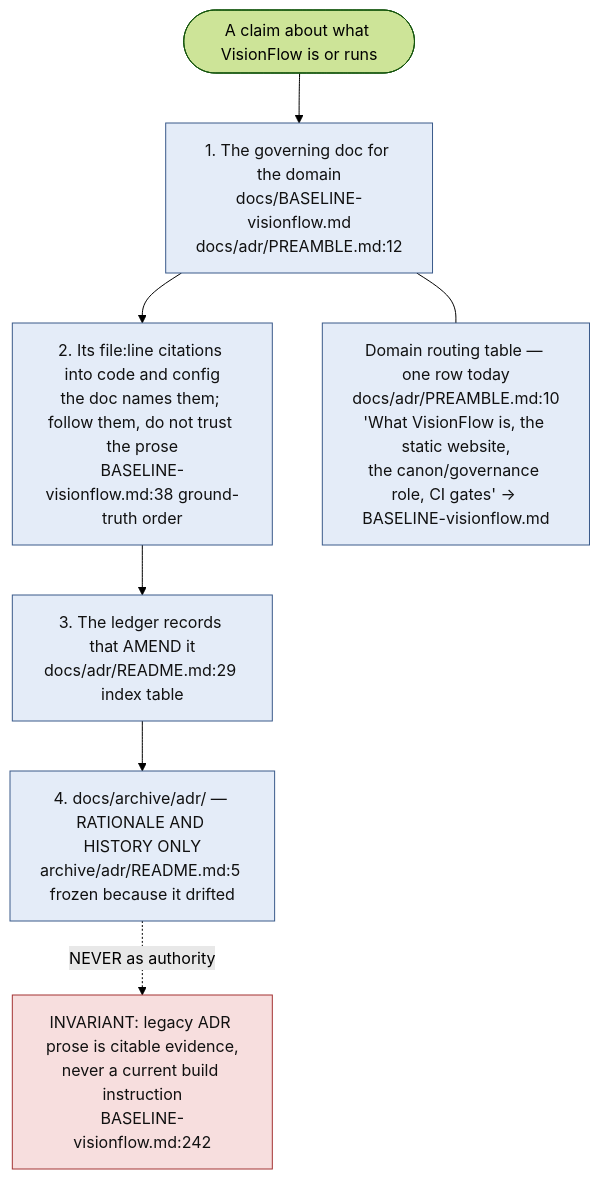
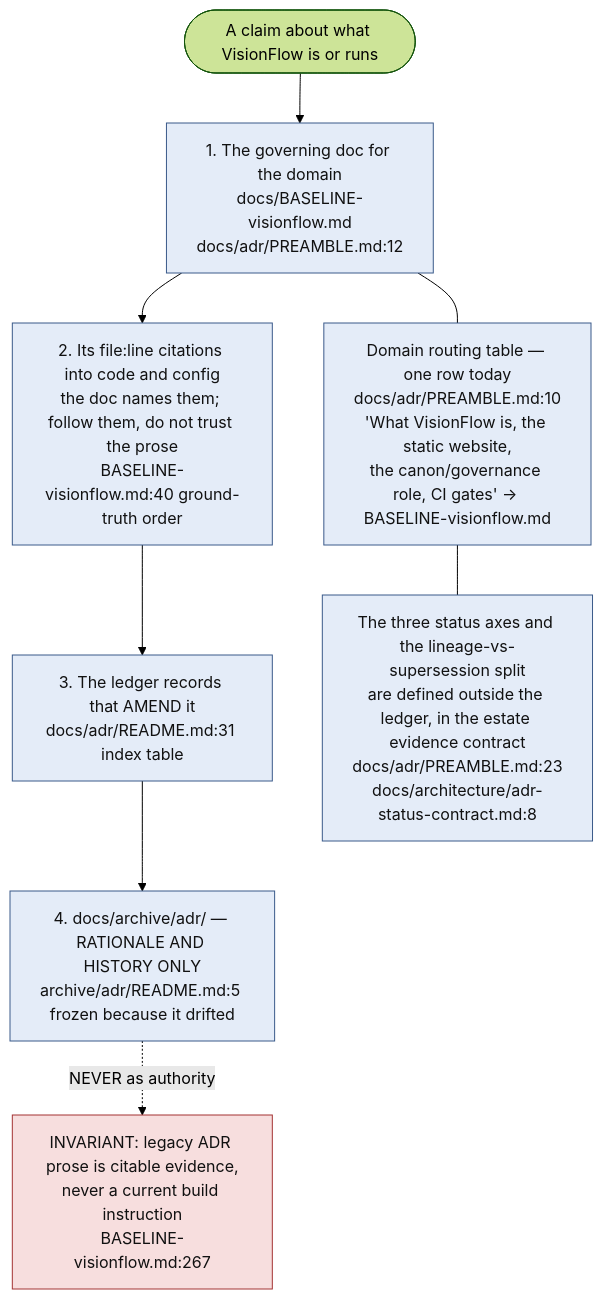
The third of 14 diagrams in docs/diagrams/visionflow/01-repo-composition-and-canon.md (DreamLab-AI/VisionFlow), drawn with Mermaid (forest theme) before and after one commit. The commit also changed other lines of this file and 7 other files, not shown here.

````diff
--- a/docs/diagrams/visionflow/01-repo-composition-and-canon.md
+++ b/docs/diagrams/visionflow/01-repo-composition-and-canon.md
@@ -125,15 +132,17 @@
 ```mermaid
 flowchart TB
     classDef step fill:#e4ecf8,stroke:#3a5a8a,color:#111
     classDef deny fill:#f7dede,stroke:#a33333,color:#111
 
     Q(["A claim about what VisionFlow is or runs"])
     Q --> S1["1. The governing doc for the domain<br/>docs/BASELINE-visionflow.md<br/>docs/adr/PREAMBLE.md:12"]:::step
-    S1 --> S2["2. Its file:line citations into code and config<br/>the doc names them; follow them, do not trust the prose<br/>BASELINE-visionflow.md:38 ground-truth order"]:::step
-    S2 --> S3["3. The ledger records that AMEND it<br/>docs/adr/README.md:29 index table"]:::step
+    S1 --> S2["2. Its file:line citations into code and config<br/>the doc names them; follow them, do not trust the prose<br/>BASELINE-visionflow.md:40 ground-truth order"]:::step
+    S2 --> S3["3. The ledger records that AMEND it<br/>docs/adr/README.md:31 index table"]:::step
     S3 --> S4["4. docs/archive/adr/ — RATIONALE AND HISTORY ONLY<br/>archive/adr/README.md:5 frozen because it drifted"]:::step
-    S4 -.->|"NEVER as authority"| DENY["INVARIANT: legacy ADR prose is citable evidence,<br/>never a current build instruction<br/>BASELINE-visionflow.md:242"]:::deny
+    S4 -.->|"NEVER as authority"| DENY["INVARIANT: legacy ADR prose is citable evidence,<br/>never a current build instruction<br/>BASELINE-visionflow.md:267"]:::deny
 
     ROUTE["Domain routing table — one row today<br/>docs/adr/PREAMBLE.md:10<br/>'What VisionFlow is, the static website,<br/>the canon/governance role, CI gates' -> BASELINE-visionflow.md"]:::step
     S1 --- ROUTE
+    AXES["The three status axes and the lineage-vs-supersession split<br/>are defined outside the ledger, in the estate evidence contract<br/>docs/adr/PREAMBLE.md:23<br/>docs/architecture/adr-status-contract.md:8"]:::step
+    ROUTE --- AXES
 ```
````
